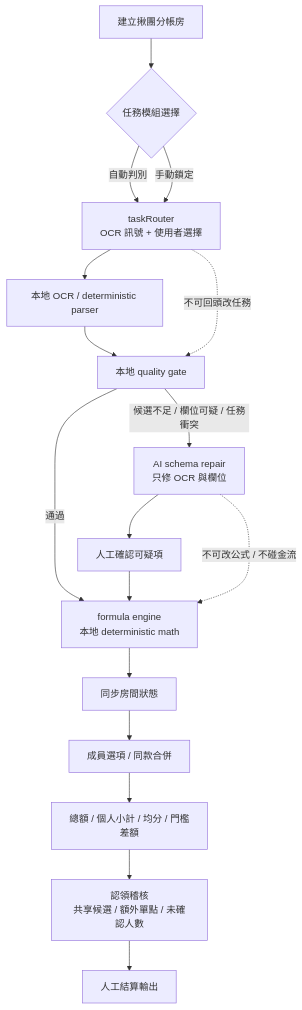
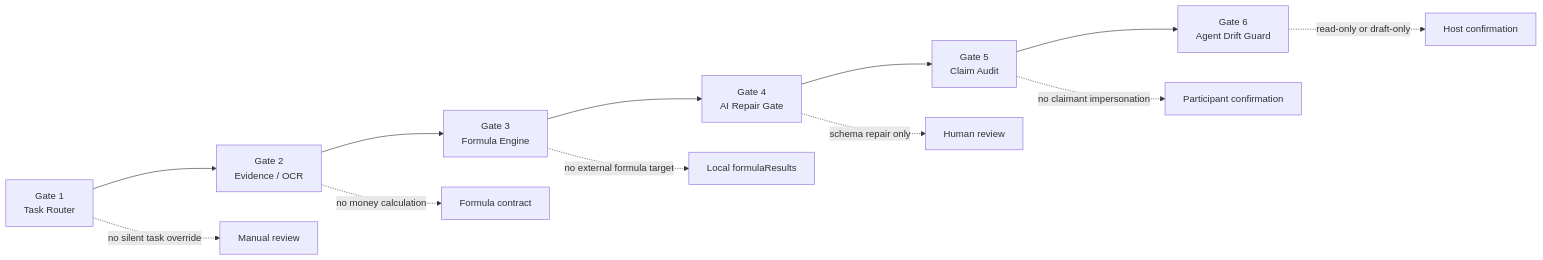
One commit to jiarong0423/shared-room-mcp changed the second of 6 diagrams in docs/ai-generated/2026Q3/group_room_mermaid_module_design_20260831.md. Above: the diagram before and after it, drawn with Mermaid. The commit also changed other lines of this file and 19 other files, not shown here.

````diff
--- a/docs/ai-generated/2026Q3/group_room_mermaid_module_design_20260831.md
+++ b/docs/ai-generated/2026Q3/group_room_mermaid_module_design_20260831.md
@@ -8,20 +44,15 @@
 ```mermaid
-flowchart TD
-  A[建立揪團分帳房] --> B{任務模組選擇}
-  B -->|自動判別| C[taskRouter<br/>OCR 訊號 + 使用者選擇]
-  B -->|手動鎖定| C
-  C --> D[本地 OCR / deterministic parser]
-  D --> E[本地 quality gate]
-  E -->|通過| F[formula engine<br/>本地 deterministic math]
-  E -->|候選不足 / 欄位可疑 / 任務衝突| G[AI schema repair<br/>只修 OCR 與欄位]
-  G --> H[人工確認可疑項]
-  H --> F
-  F --> I[同步房間狀態]
-  I --> J[成員選項 / 同款合併]
-  J --> K[總額 / 個人小計 / 均分 / 門檻差額]
-  K --> L[認領稽核<br/>共享候選 / 額外單點 / 未確認人數]
-  L --> M[人工結算輸出]
+flowchart LR
+  G1[Gate 1<br/>Task Router] --> G2[Gate 2<br/>Evidence / OCR]
+  G2 --> G3[Gate 3<br/>Formula Engine]
+  G3 --> G4[Gate 4<br/>AI Repair Gate]
+  G4 --> G5[Gate 5<br/>Claim Audit]
+  G5 --> G6[Gate 6<br/>Agent Drift Guard]
 
-  C -.不可回頭改任務.-> E
-  G -.不可改公式 / 不碰金流.-> F
+  G1 -. no silent task override .-> X1[Manual review]
+  G2 -. no money calculation .-> X2[Formula contract]
+  G3 -. no external formula target .-> X3[Local formulaResults]
+  G4 -. schema repair only .-> X4[Human review]
+  G5 -. no claimant impersonation .-> X5[Participant confirmation]
+  G6 -. read-only or draft-only .-> X6[Host confirmation]
 ```
````
